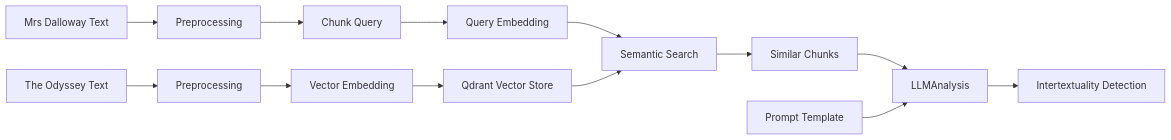
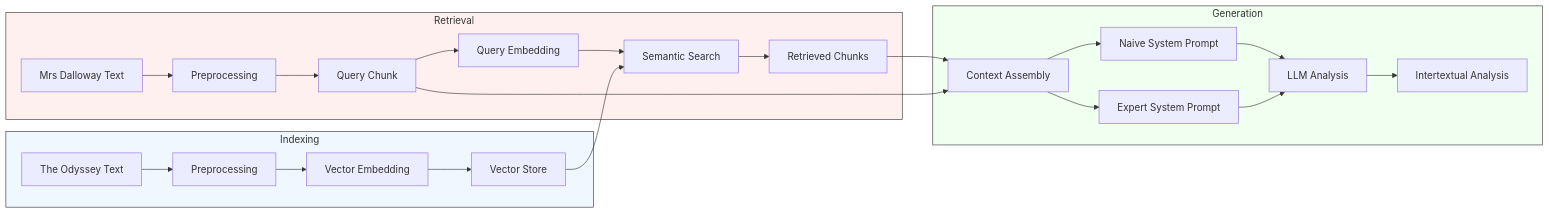
Before and after one commit to nicolas-werner/woolf-intertextuality: the diagram in README.md, drawn with Mermaid. The commit also changed other lines of this file, not shown here.

````diff
--- a/README.md
+++ b/README.md
@@ -39,18 +51,34 @@
 ```mermaid
 graph LR
-    A[Mrs Dalloway Text] --> B[Preprocessing]
-    C[The Odyssey Text] --> D[Preprocessing]
-    
-    D --> E[Vector Embedding]
-    E --> F[Qdrant Vector Store]
-    
-    B --> G[Chunk Query]
-    G --> H[Query Embedding]
-    H --> I[Semantic Search]
-    F --> I
-    
-    I --> J[Similar Chunks]
-    J --> K[LLMAnalysis]
-    K --> L[Intertextuality Detection]
-    M[Prompt Template] --> K
+    %% Data Ingestion & Indexing
+    subgraph Indexing
+        C[The Odyssey Text] --> D[Preprocessing]
+        D --> E[Vector Embedding]
+        E --> F[Vector Store]
+    end
+
+    %% Query Processing
+    subgraph Retrieval
+        A[Mrs Dalloway Text] --> B[Preprocessing]
+        B --> G[Query Chunk]
+        G --> H[Query Embedding]
+        H --> I[Semantic Search]
+        F --> I
+        I --> J[Retrieved Chunks]
+    end
+
+    %% Generation
+    subgraph Generation
+        J --> K[Context Assembly]
+        G --> K
+        K --> M[Naive System Prompt]
+        K --> N[Expert System Prompt]
+        M --> O[LLM Analysis]
+        N --> O
+        O --> P[Intertextual Analysis]
+    end
+
+    style Indexing fill:#f0f7ff,stroke:#333
+    style Retrieval fill:#fff0f0,stroke:#333
+    style Generation fill:#f0fff0,stroke:#333
 ```
````
